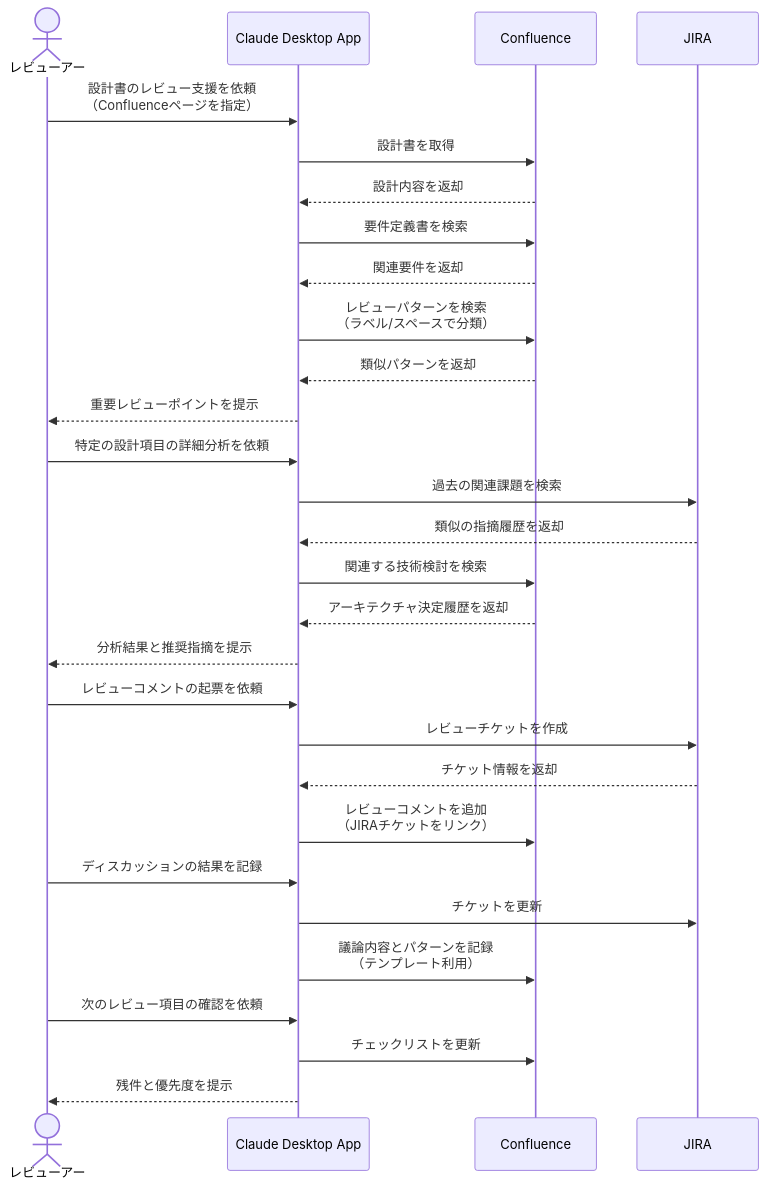
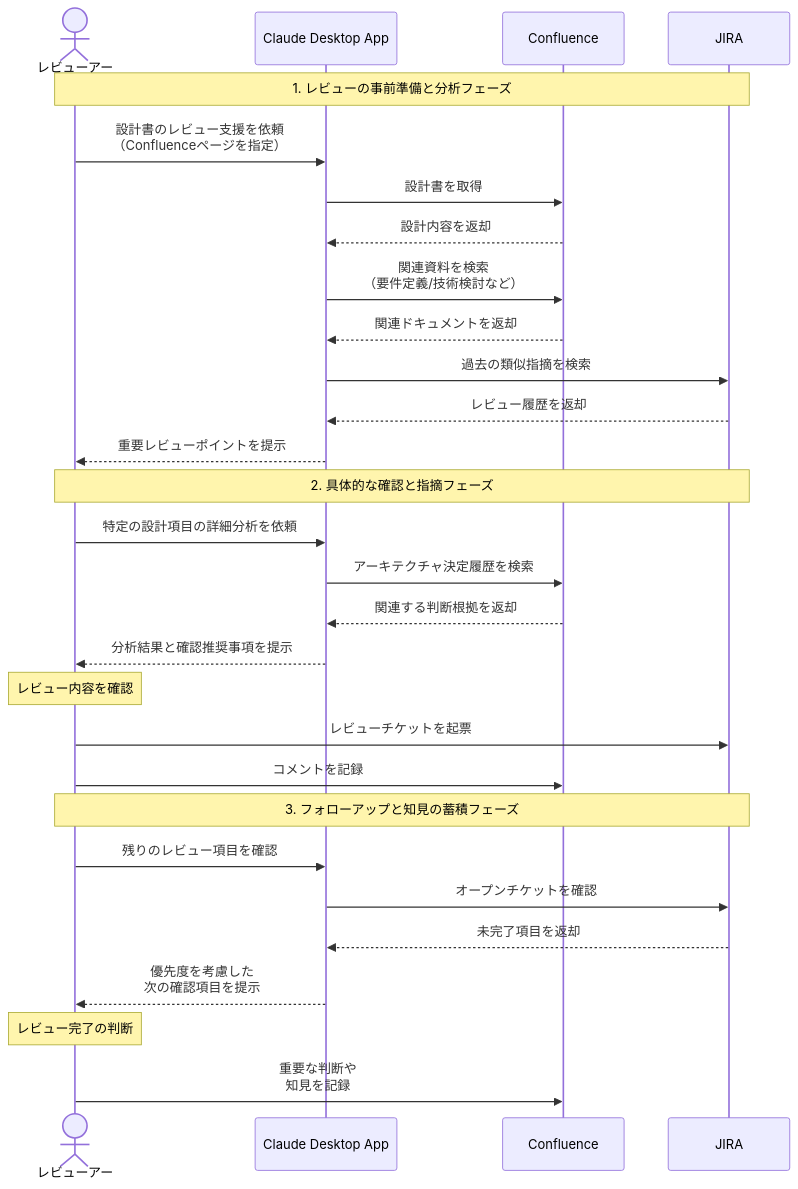
Before and after one commit to po-shu/mcp-100-ideas: the diagram in docs/03_プロジェクト/設計書レビューを効率化する.md, drawn with Mermaid. The commit also changed other lines of this file and 7 other files, not shown here.

````diff
--- a/docs/03_プロジェクト/設計書レビューを効率化する.md
+++ b/docs/03_プロジェクト/設計書レビューを効率化する.md
@@ -16,32 +16,34 @@
 ```mermaid
 sequenceDiagram
     actor User as レビューアー
     participant CAP as Claude Desktop App
     participant Confluence
     participant JIRA
-
+    
+    Note over User,JIRA: 1. レビューの事前準備と分析フェーズ
     User->>CAP: 設計書のレビュー支援を依頼<br>（Confluenceページを指定）
     CAP->>Confluence: 設計書を取得
     Confluence-->>CAP: 設計内容を返却
-    CAP->>Confluence: 要件定義書を検索
-    Confluence-->>CAP: 関連要件を返却
-    CAP->>Confluence: レビューパターンを検索<br>（ラベル/スペースで分類）
-    Confluence-->>CAP: 類似パターンを返却
+    CAP->>Confluence: 関連資料を検索<br>（要件定義/技術検討など）
+    Confluence-->>CAP: 関連ドキュメントを返却
+    CAP->>JIRA: 過去の類似指摘を検索
+    JIRA-->>CAP: レビュー履歴を返却
     CAP-->>User: 重要レビューポイントを提示
+    
+    Note over User,JIRA: 2. 具体的な確認と指摘フェーズ
     User->>CAP: 特定の設計項目の詳細分析を依頼
-    CAP->>JIRA: 過去の関連課題を検索
-    JIRA-->>CAP: 類似の指摘履歴を返却
-    CAP->>Confluence: 関連する技術検討を検索
-    Confluence-->>CAP: アーキテクチャ決定履歴を返却
-    CAP-->>User: 分析結果と推奨指摘を提示
-    User->>CAP: レビューコメントの起票を依頼
-    CAP->>JIRA: レビューチケットを作成
-    JIRA-->>CAP: チケット情報を返却
-    CAP->>Confluence: レビューコメントを追加<br>（JIRAチケットをリンク）
-    User->>CAP: ディスカッションの結果を記録
-    CAP->>JIRA: チケットを更新
-    CAP->>Confluence: 議論内容とパターンを記録<br>（テンプレート利用）
-    User->>CAP: 次のレビュー項目の確認を依頼
-    CAP->>Confluence: チェックリストを更新
-    CAP-->>User: 残件と優先度を提示
+    CAP->>Confluence: アーキテクチャ決定履歴を検索
+    Confluence-->>CAP: 関連する判断根拠を返却
+    CAP-->>User: 分析結果と確認推奨事項を提示
+    Note over User: レビュー内容を確認
+    User->>JIRA: レビューチケットを起票
+    User->>Confluence: コメントを記録
+
+    Note over User,JIRA: 3. フォローアップと知見の蓄積フェーズ
+    User->>CAP: 残りのレビュー項目を確認
+    CAP->>JIRA: オープンチケットを確認
+    JIRA-->>CAP: 未完了項目を返却
+    CAP-->>User: 優先度を考慮した<br>次の確認項目を提示
+    Note over User: レビュー完了の判断
+    User->>Confluence: 重要な判断や<br>知見を記録
 ```
````
